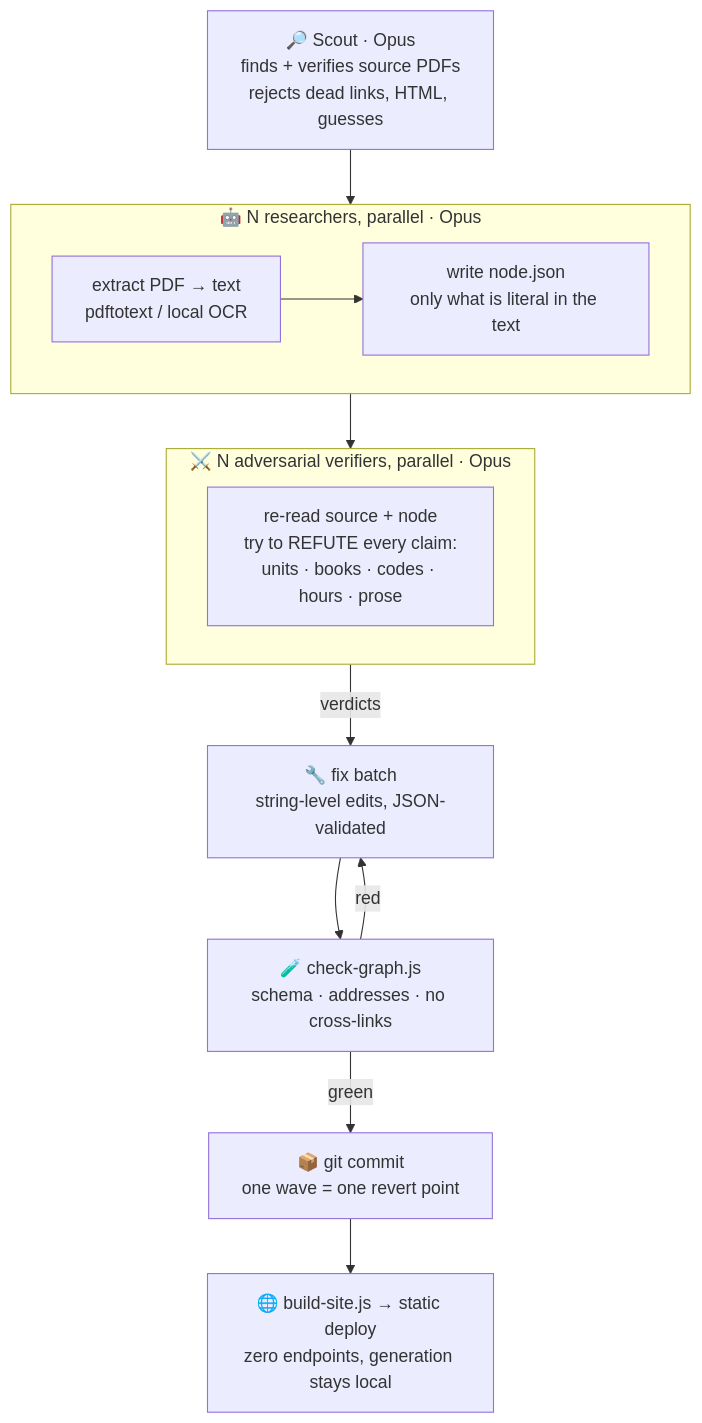
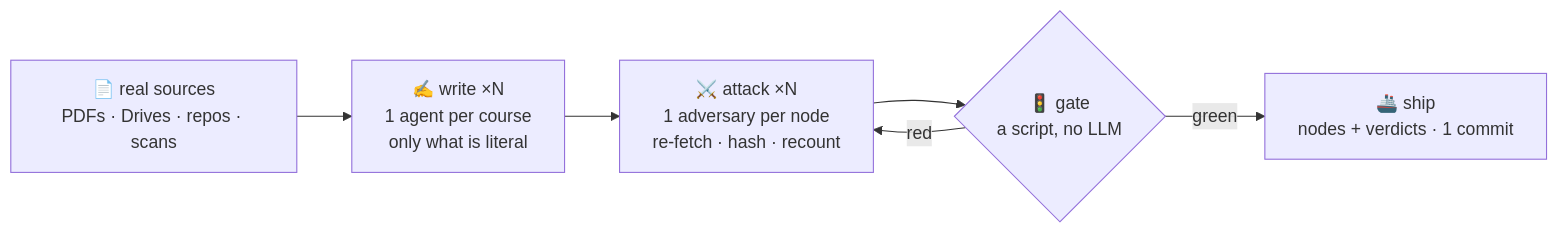
One commit to tomas-b/uba-atlas changed the diagram in README.md. Above: the diagram before and after it, drawn with Mermaid. The commit also changed other lines of this file and 1 other file, not shown here.

First line of the commit message:
README rewrite: mental model first, the life of one fabrication, the ground-is-chaos table, the one-skill operator

````diff
--- a/README.md
+++ b/README.md
@@ -16,16 +32,8 @@
 ```mermaid
-flowchart TB
-    S[🔎 Scout · Opus<br/>finds + verifies source PDFs<br/>rejects dead links, HTML, guesses] --> R
-    subgraph R [🤖 N researchers, parallel · Opus]
-        R1[extract PDF → text<br/>pdftotext / local OCR] --> R2[write node.json<br/>only what is literal in the text]
-    end
-    R --> V
-    subgraph V [⚔️ N adversarial verifiers, parallel · Opus]
-        V1[re-read source + node<br/>try to REFUTE every claim:<br/>units · books · codes · hours · prose]
-    end
-    V -->|verdicts| F[🔧 fix batch<br/>string-level edits, JSON-validated]
-    F --> C[🧪 check-graph.js<br/>schema · addresses · no cross-links]
-    C -->|green| G[📦 git commit<br/>one wave = one revert point]
-    G --> D[🌐 build-site.js → static deploy<br/>zero endpoints, generation stays local]
-    C -->|red| F
+flowchart LR
+    F["📄 real sources<br/>PDFs · Drives · repos · scans"] --> W["✍️ write ×N<br/>1 agent per course<br/>only what is literal"]
+    W --> V["⚔️ attack ×N<br/>1 adversary per node<br/>re-fetch · hash · recount"]
+    V --> G{"🚦 gate<br/>a script, no LLM"}
+    G -->|red| V
+    G -->|green| S["🚢 ship<br/>nodes + verdicts · 1 commit"]
 ```
````
